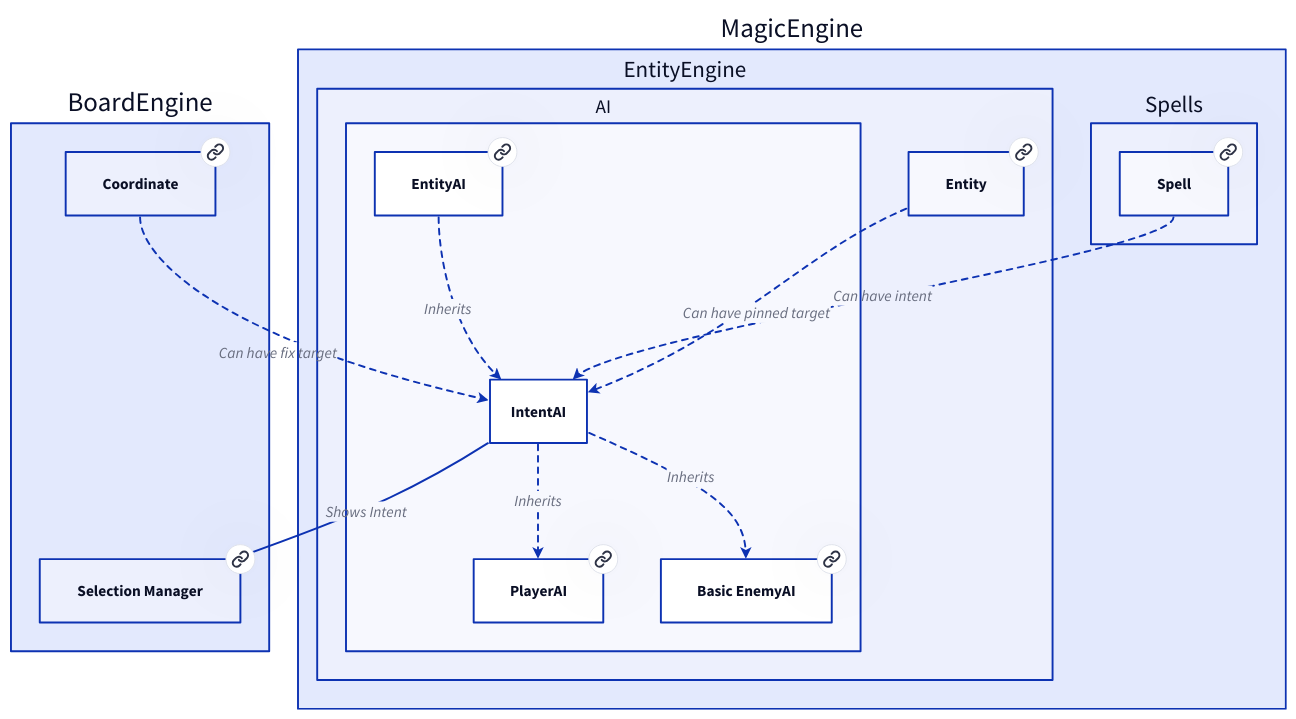
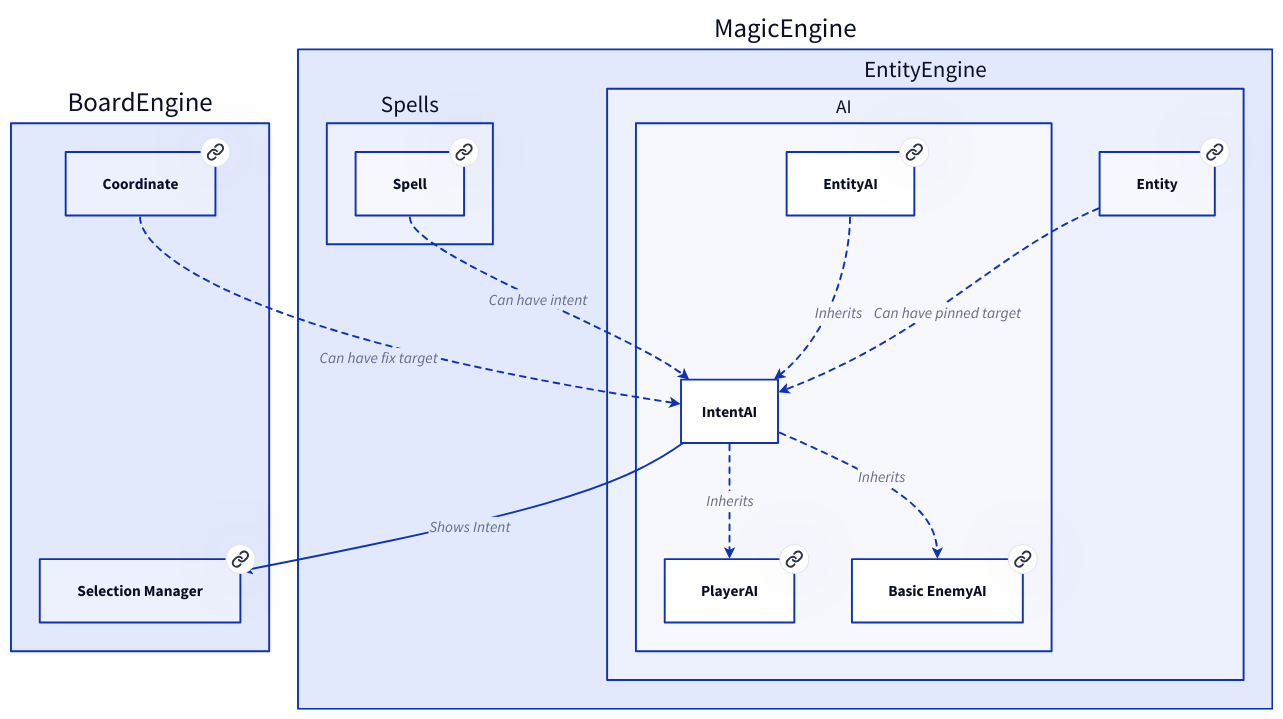
One commit to Portevent/Brume-Documentation changed the diagram in doc/MagicEngine/EntityEngine/AI/IntentAI.md. Above: the diagram before and after it, drawn with D2. The commit also changed other lines of this file and 128 other files, not shown here.

````diff
--- a/doc/MagicEngine/EntityEngine/AI/IntentAI.md
+++ b/doc/MagicEngine/EntityEngine/AI/IntentAI.md
@@ -13,65 +13,65 @@
 ```d2
 # Nodes :
 BoardEngine: {
+    Coordinate: Coordinate {
+       link: Coordinate
+    }
     SelectionManager: Selection Manager {
        link: SelectionManager
     }
-    Coordinate: Coordinate {
-       link: Coordinate
-    }
 }
 MagicEngine: {
+    Spells: {
+        Spell: Spell {
+           link: Spell
+        }
+    }
     EntityEngine: {
         AI: {
-            PlayerAI: PlayerAI {
-               link: PlayerAI
-            }
             EntityAI: EntityAI {
                link: EntityAI
             }
             BasicEnemyAI: Basic EnemyAI {
                link: BasicEnemyAI
             }
+            PlayerAI: PlayerAI {
+               link: PlayerAI
+            }
         }
         Entity: Entity {
            link: Entity
         }
     }
-    Spells: {
-        Spell: Spell {
-           link: Spell
-        }
-    }
 }
 
 # Links :
+MagicEngine.EntityEngine.AI.IntentAI -> MagicEngine.EntityEngine.AI.BasicEnemyAI: Inherits {style.stroke-dash: 3
+source-arrowhead: {}
+target-arrowhead: {shape: arrow}
+}
 MagicEngine.EntityEngine.AI.IntentAI -> MagicEngine.EntityEngine.AI.PlayerAI: Inherits {style.stroke-dash: 3
 source-arrowhead: {}
 target-arrowhead: {shape: arrow}
 }
 MagicEngine.EntityEngine.AI.IntentAI -> BoardEngine.SelectionManager: Shows Intent {
 source-arrowhead: {}
 target-arrowhead: {shape: arrow}
 }
 MagicEngine.EntityEngine.AI.EntityAI -> MagicEngine.EntityEngine.AI.IntentAI: Inherits {style.stroke-dash: 3
 source-arrowhead: {}
 target-arrowhead: {shape: arrow}
 }
 MagicEngine.Spells.Spell -> MagicEngine.EntityEngine.AI.IntentAI: Can have intent {style.stroke-dash: 3
 source-arrowhead: {}
 target-arrowhead: {shape: arrow}
 }
 MagicEngine.EntityEngine.Entity -> MagicEngine.EntityEngine.AI.IntentAI: Can have pinned target {style.stroke-dash: 3
 source-arrowhead: {}
 target-arrowhead: {shape: arrow}
 }
 BoardEngine.Coordinate -> MagicEngine.EntityEngine.AI.IntentAI: Can have fix target {style.stroke-dash: 3
 source-arrowhead: {}
 target-arrowhead: {shape: arrow}
 }
-MagicEngine.EntityEngine.AI.IntentAI -> MagicEngine.EntityEngine.AI.BasicEnemyAI: Inherits {style.stroke-dash: 3
-source-arrowhead: {}
-target-arrowhead: {shape: arrow}
-}
 
 ```
````
